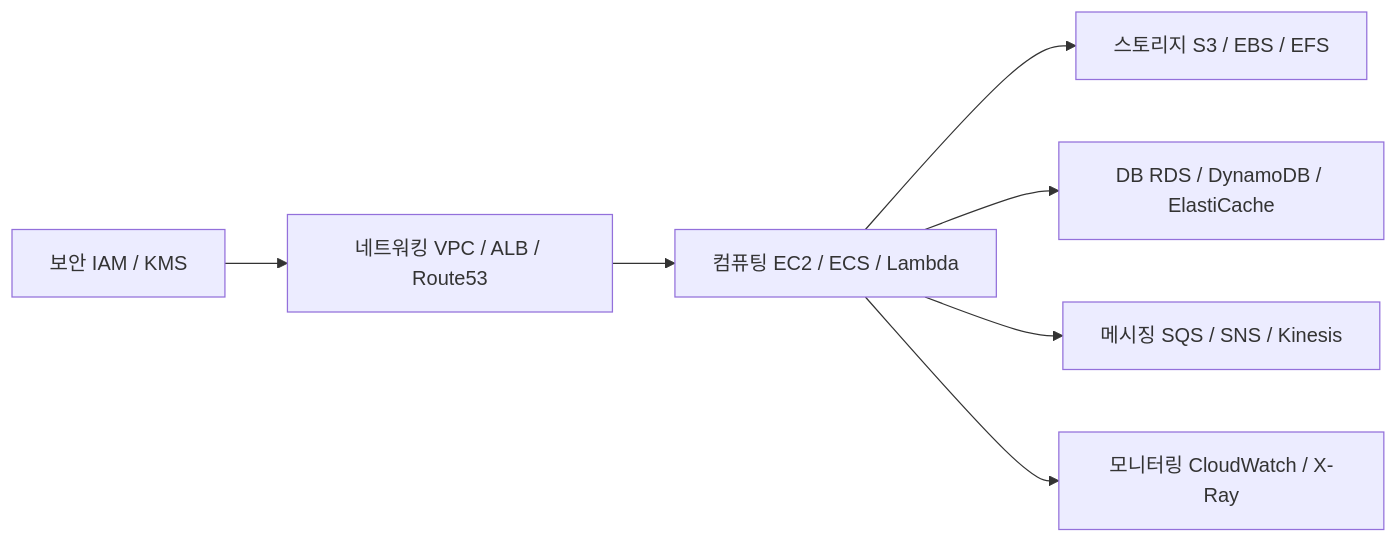
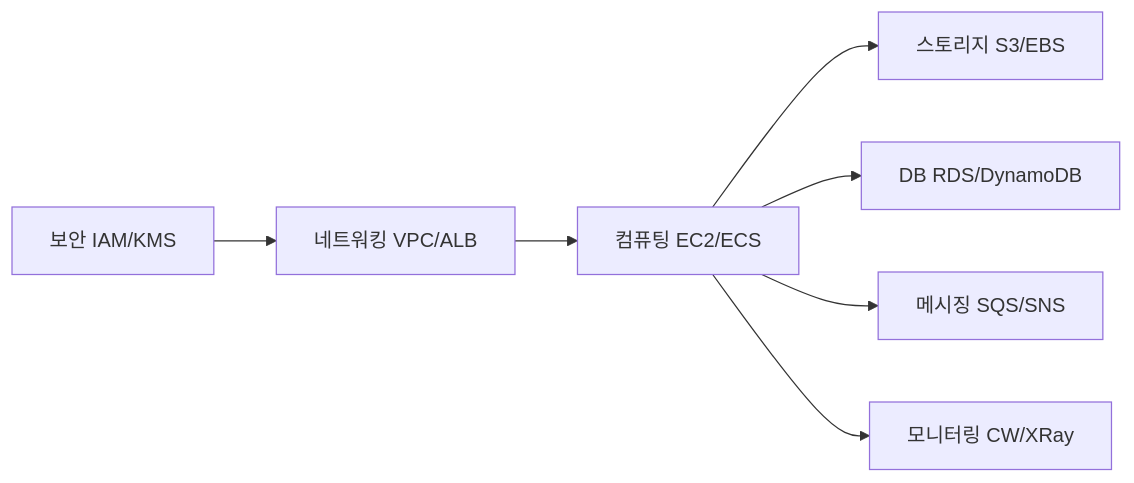
Before and after one commit to yjkim2015/yjkim2015.github.io: the first of 9 diagrams in _posts/cloud/2026-05-03-aws-core-services.md, drawn with Mermaid. The commit also changed other lines of this file and 245 other files, not shown here.

First line of the commit message:
Mermaid 다이어그램 전면 수정 + 면접 포인트 접기/펼치기 + DB 데드락 페이지

````diff
--- a/_posts/cloud/2026-05-03-aws-core-services.md
+++ b/_posts/cloud/2026-05-03-aws-core-services.md
@@ -18,9 +18,9 @@
 ```mermaid
 graph LR
-    A[보안 IAM / KMS] --> B[네트워킹 VPC / ALB / Route53]
-    B --> C[컴퓨팅 EC2 / ECS / Lambda]
-    C --> D[스토리지 S3 / EBS / EFS]
-    C --> E[DB RDS / DynamoDB / ElastiCache]
-    C --> F[메시징 SQS / SNS / Kinesis]
-    C --> G[모니터링 CloudWatch / X-Ray]
+    A["보안 IAM/KMS"] --> B["네트워킹 VPC/ALB"]
+    B --> C["컴퓨팅 EC2/ECS"]
+    C --> D["스토리지 S3/EBS"]
+    C --> E["DB RDS/DynamoDB"]
+    C --> F["메시징 SQS/SNS"]
+    C --> G["모니터링 CW/XRay"]
 ```
````
